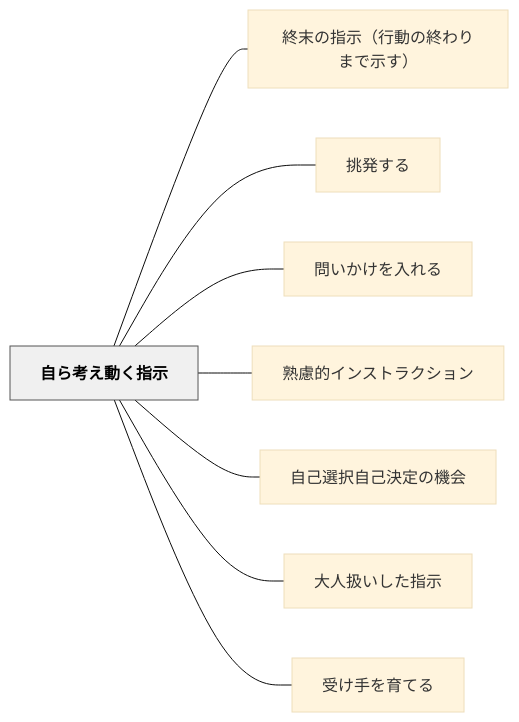
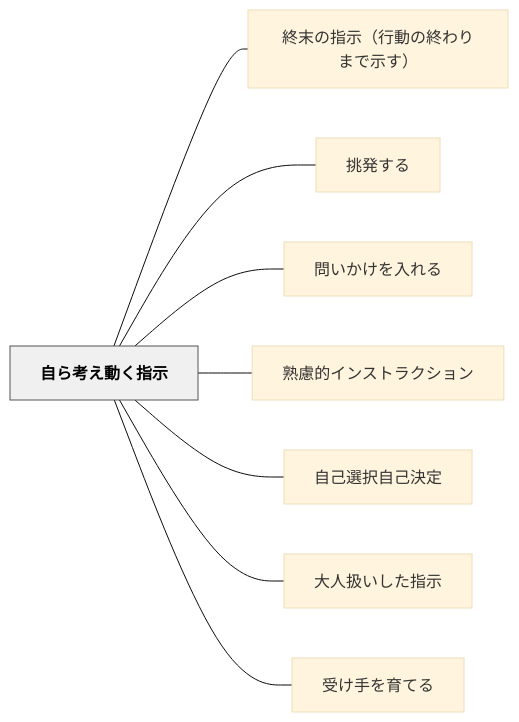
One commit to unknownthings-ed-patterns/unknownthings-ed-patterns changed the diagram in content/パタン/自ら考え動く指示.md. Above: the diagram before and after it, drawn with Mermaid (base theme). The commit also changed other lines of this file and 27 other files, not shown here.

````diff
--- a/content/パタン/自ら考え動く指示.md
+++ b/content/パタン/自ら考え動く指示.md
@@ -37,22 +37,22 @@
 ```mermaid
 flowchart LR
     ne887aae38289e88083e38188e58b95e3818fe68c87e7a4ba["自ら考え動く指示"]
     ne7b582e69cabe381aee68c87e7a4baefbc88e8a18ce58b95e381aee7b582e3828fe3828ae381bee381a7e7a4bae38199efbc89["終末の指示（行動の終わりまで示す）"]
     ne68c91e799bae38199e3828b["挑発する"]
     ne5958fe38184e3818be38191e38292e585a5e3828ce3828b["問いかけを入れる"]
     ne7869fe685aee79a84e382a4e383b3e382b9e38388e383a9e382afe382b7e383a7e383b3["熟慮的インストラクション"]
-    ne887aae5b7b1e981b8e68a9ee887aae5b7b1e6b1bae5ae9ae381aee6a99fe4bc9a["自己選択自己決定の機会"]
+    ne887aae5b7b1e981b8e68a9ee887aae5b7b1e6b1bae5ae9a["自己選択自己決定"]
     ne5a4a7e4babae689b1e38184e38197e3819fe68c87e7a4ba["大人扱いした指示"]
     ne58f97e38191e6898be38292e882b2e381a6e3828b["受け手を育てる"]
 
     ne887aae38289e88083e38188e58b95e3818fe68c87e7a4ba --- ne7b582e69cabe381aee68c87e7a4baefbc88e8a18ce58b95e381aee7b582e3828fe3828ae381bee381a7e7a4bae38199efbc89
     ne887aae38289e88083e38188e58b95e3818fe68c87e7a4ba --- ne68c91e799bae38199e3828b
     ne887aae38289e88083e38188e58b95e3818fe68c87e7a4ba --- ne5958fe38184e3818be38191e38292e585a5e3828ce3828b
     ne887aae38289e88083e38188e58b95e3818fe68c87e7a4ba --- ne7869fe685aee79a84e382a4e383b3e382b9e38388e383a9e382afe382b7e383a7e383b3
-    ne887aae38289e88083e38188e58b95e3818fe68c87e7a4ba --- ne887aae5b7b1e981b8e68a9ee887aae5b7b1e6b1bae5ae9ae381aee6a99fe4bc9a
+    ne887aae38289e88083e38188e58b95e3818fe68c87e7a4ba --- ne887aae5b7b1e981b8e68a9ee887aae5b7b1e6b1bae5ae9a
     ne887aae38289e88083e38188e58b95e3818fe68c87e7a4ba --- ne5a4a7e4babae689b1e38184e38197e3819fe68c87e7a4ba
     ne887aae38289e88083e38188e58b95e3818fe68c87e7a4ba --- ne58f97e38191e6898be38292e882b2e381a6e3828b
 
     classDef hub fill:#f0f0f0,stroke:#555,color:#000,font-weight:bold
     class ne887aae38289e88083e38188e58b95e3818fe68c87e7a4ba hub
 ```
````
